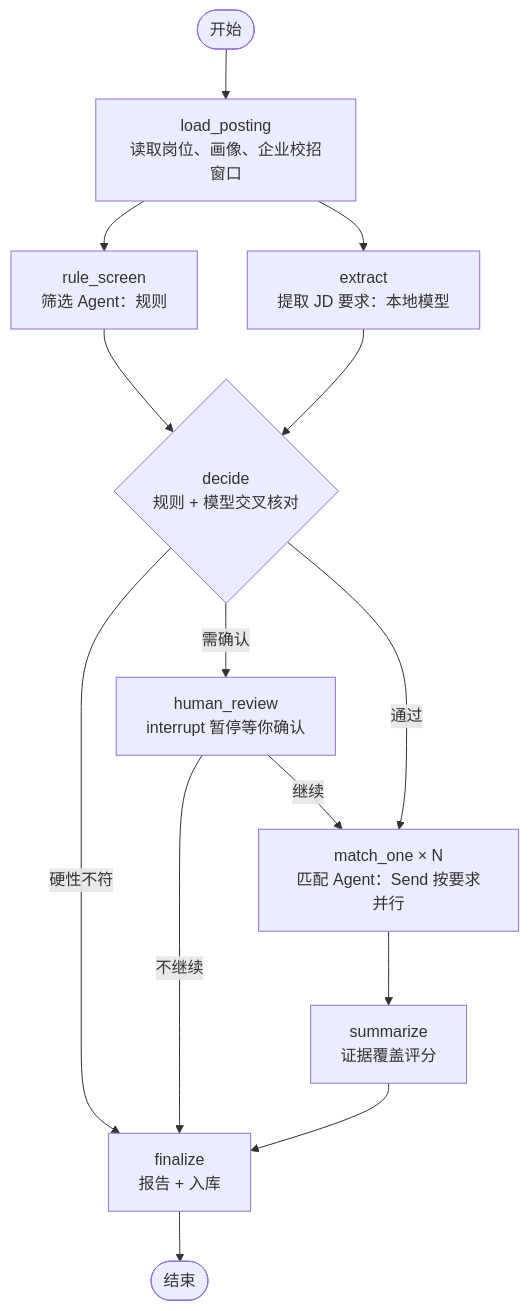
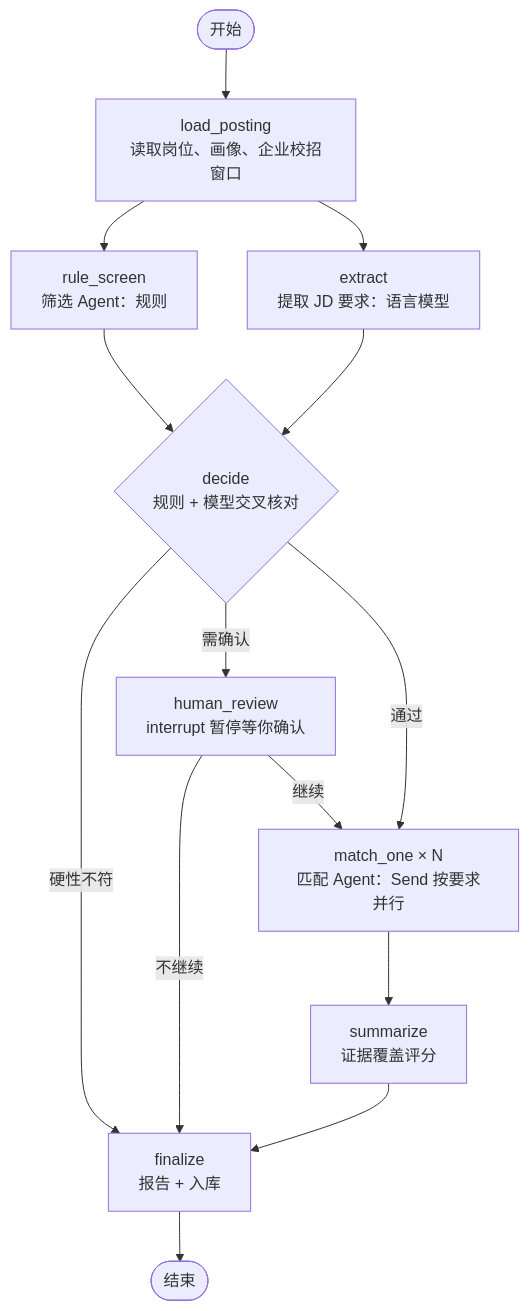
One commit to Maxwell2048/cn-job-agent changed the second of 3 diagrams in README.md. Above: the diagram before and after it, drawn with Mermaid. The commit also changed other lines of this file and 8 other files, not shown here.

````diff
--- a/README.md
+++ b/README.md
@@ -36,16 +36,16 @@
 ```mermaid
 flowchart TD
     S([开始]) --> L[load_posting<br/>读取岗位、画像、企业校招窗口]
     L --> R[rule_screen<br/>筛选 Agent：规则]
-    L --> X[extract<br/>提取 JD 要求：本地模型]
+    L --> X[extract<br/>提取 JD 要求：语言模型]
     R --> D{decide<br/>规则 + 模型交叉核对}
     X --> D
     D -- 硬性不符 --> F[finalize<br/>报告 + 入库]
     D -- 需确认 --> H[human_review<br/>interrupt 暂停等你确认]
     H -- 不继续 --> F
     H -- 继续 --> M
     D -- 通过 --> M[match_one × N<br/>匹配 Agent：Send 按要求并行]
     M --> SUM[summarize<br/>证据覆盖评分]
     SUM --> F
     F --> E([结束])
 ```
````
